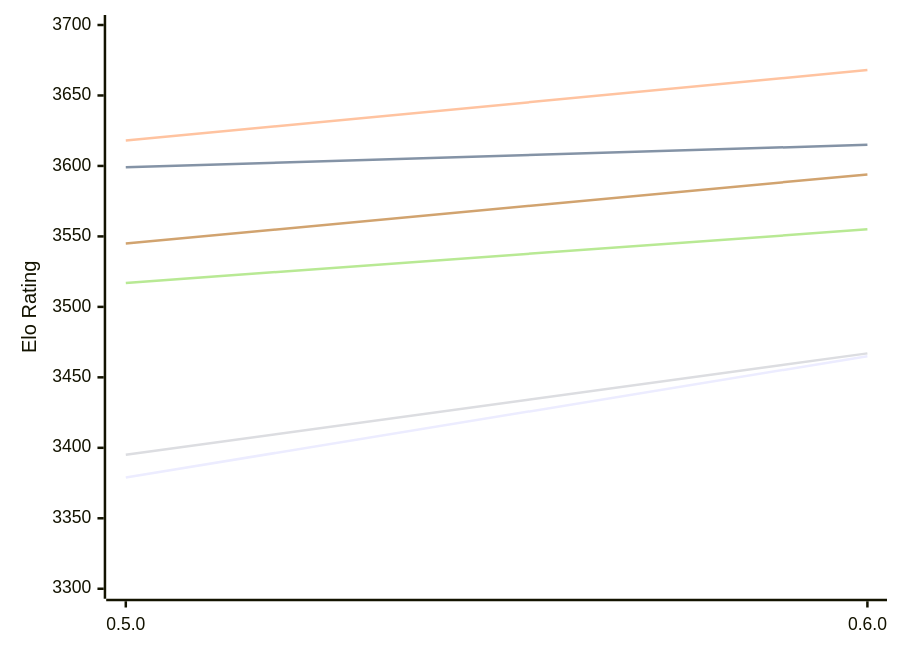
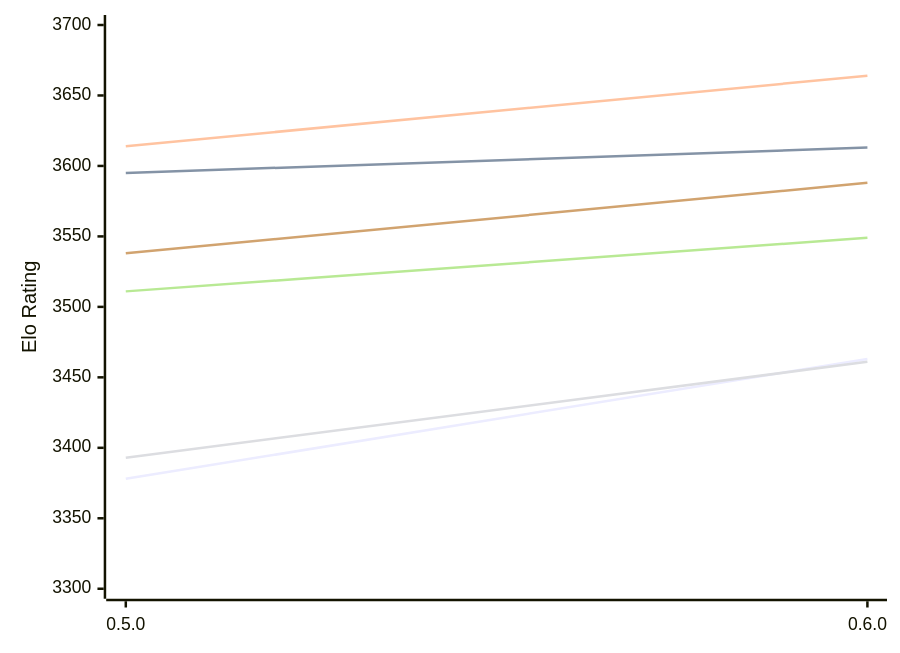
The diagram in engines/Incipit.md (computer-chess-index/cci), drawn with Mermaid before and after one commit. The commit also changed other lines of this file, not shown here.

Commit message:
Update CCI Ratings (ELO VLTC) - 2026-11-19

````diff
--- a/engines/Incipit.md
+++ b/engines/Incipit.md
@@ -49,12 +49,12 @@
 ```mermaid
 %%{init: {"theme":"base","themeVariables":{"seriesColors:['#a3a3a3','#222221','#faa371']}}}%%
 xychart-beta
   x-axis ["0.5.0", "0.6.0"]
   y-axis "Elo Rating" 3300 --> 3700
-  line "E1: STC (8.0+0.08s)" [3379, 3465]
-  line "E1: LTC (60.0+0.60s)" [3599, 3615]
-  line "E1: VLTC (2m24s+1.12s)" [3618, 3668]
-  line "P1: STC (8.0+0.08s)" [3395, 3467]
-  line "P1: LTC (60.0+0.60s)" [3517, 3555]
-  line "P1: VLTC (2m24s+1.12s)" [3545, 3594]
+  line "E1: STC (8.0+0.08s)" [3378, 3463]
+  line "E1: LTC (60.0+0.60s)" [3595, 3613]
+  line "E1: VLTC (2m24s+1.12s)" [3614, 3664]
+  line "P1: STC (8.0+0.08s)" [3393, 3461]
+  line "P1: LTC (60.0+0.60s)" [3511, 3549]
+  line "P1: VLTC (2m24s+1.12s)" [3538, 3588]
 ```
````
